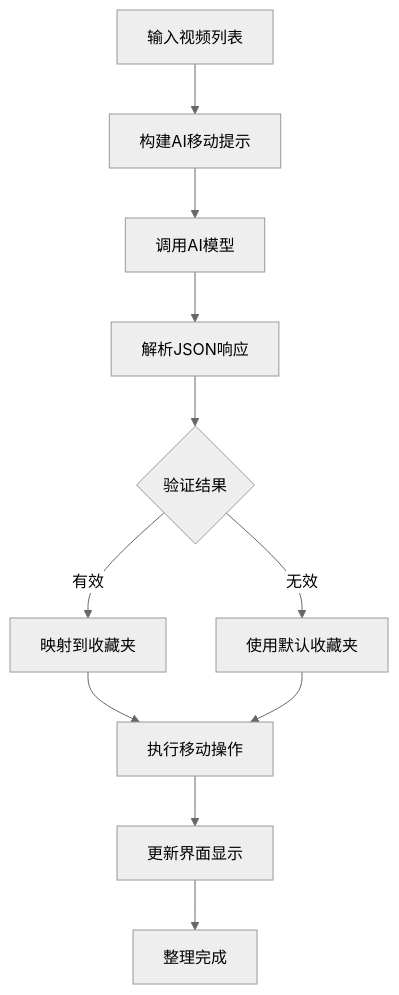
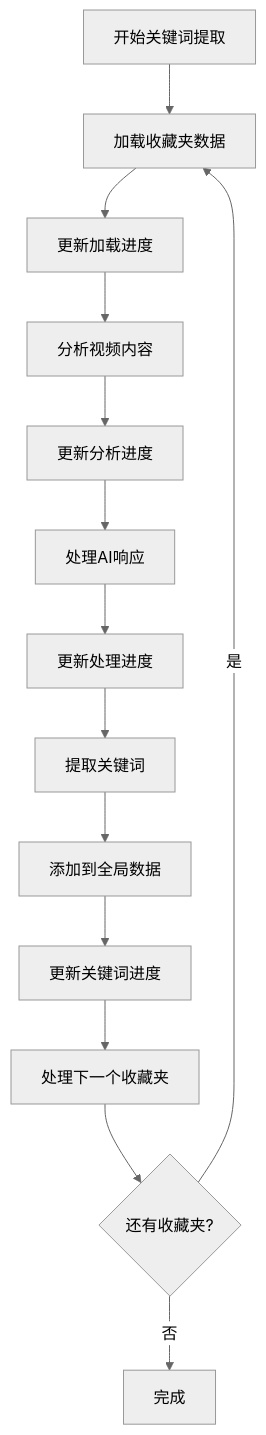
Before and after one commit to RadiumAg/bilibili-favorites: the tenth of 11 diagrams in .qoder/repowiki/zh/content/核心功能模块/AI关键词提取系统.md, drawn with Mermaid (neutral theme). The commit also changed other lines of this file and 27 other files, not shown here.

````diff
--- a/.qoder/repowiki/zh/content/核心功能模块/AI关键词提取系统.md
+++ b/.qoder/repowiki/zh/content/核心功能模块/AI关键词提取系统.md
@@ -562,13 +541,16 @@
 ```mermaid
 flowchart TD
-Input[输入视频列表] --> BuildPrompt[构建AI移动提示]
-BuildPrompt --> CallAI[调用AI模型]
-CallAI --> ParseResponse[解析JSON响应]
-ParseResponse --> ValidateResult{验证结果}
-ValidateResult --> |有效| MapToFavorites[映射到收藏夹]
-ValidateResult --> |无效| Fallback[使用默认收藏夹]
-MapToFavorites --> ExecuteMove[执行移动操作]
-Fallback --> ExecuteMove
-ExecuteMove --> UpdateUI[更新界面显示]
-UpdateUI --> Success[整理完成]
+Start[开始关键词提取] --> Load[加载收藏夹数据]
+Load --> Progress1[更新加载进度]
+Progress1 --> Analyze[分析视频内容]
+Analyze --> Progress2[更新分析进度]
+Progress2 --> Process[处理AI响应]
+Process --> Progress3[更新处理进度]
+Progress3 --> Extract[提取关键词]
+Extract --> Add[添加到全局数据]
+Add --> Progress4[更新关键词进度]
+Progress4 --> Next[处理下一个收藏夹]
+Next --> Done{还有收藏夹?}
+Done --> |是| Load
+Done --> |否| Complete[完成]
 ```
````
